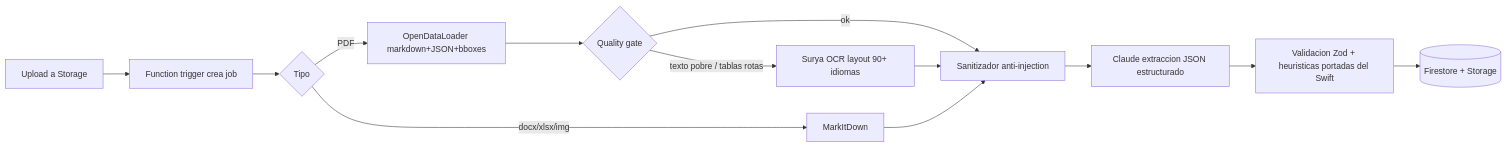
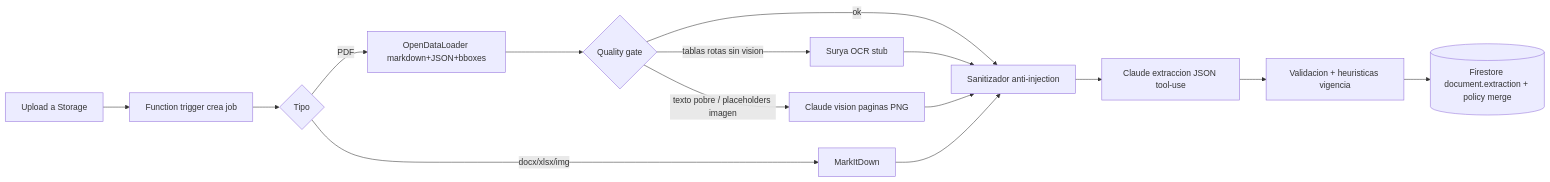
The second of 4 diagrams in docs/plan-reconversion.md (davidsalgajim/Insurwallet_reconversion), drawn with Mermaid before and after one commit. The commit also changed other lines of this file and 98 other files, not shown here.

First line of the commit message:
feat: full policy extraction parity, vision pipeline, and review UX

````diff
--- a/docs/plan-reconversion.md
+++ b/docs/plan-reconversion.md
@@ -130,15 +132,17 @@
 ```mermaid
 flowchart LR
     UP[Upload a Storage] --> TRG[Function trigger crea job]
     TRG --> TYPE{Tipo}
     TYPE -->|PDF| ODL[OpenDataLoader markdown+JSON+bboxes]
     TYPE -->|docx/xlsx/img| MID[MarkItDown]
     ODL --> QG{Quality gate}
-    QG -->|texto pobre / tablas rotas| SURYA[Surya OCR layout 90+ idiomas]
+    QG -->|texto pobre / placeholders imagen| VISION[Claude vision paginas PNG]
     QG -->|ok| SAN
-    SURYA --> SAN[Sanitizador anti-injection]
+    QG -->|tablas rotas sin vision| SURYA[Surya OCR stub]
+    SURYA --> SAN
+    VISION --> SAN[Sanitizador anti-injection]
     MID --> SAN
-    SAN --> CL[Claude extraccion JSON estructurado]
-    CL --> VAL[Validacion Zod + heuristicas portadas del Swift]
-    VAL --> FS[(Firestore + Storage)]
+    SAN --> CL[Claude extraccion JSON tool-use]
+    CL --> VAL[Validacion + heuristicas vigencia]
+    VAL --> FS[(Firestore document.extraction + policy merge)]
 ```
````
